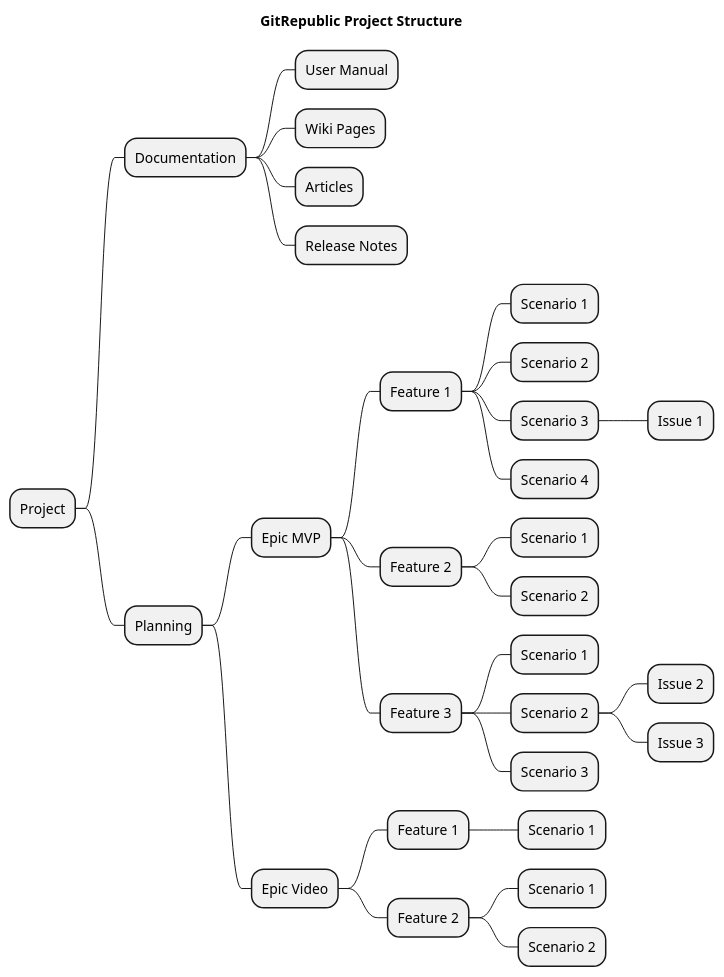
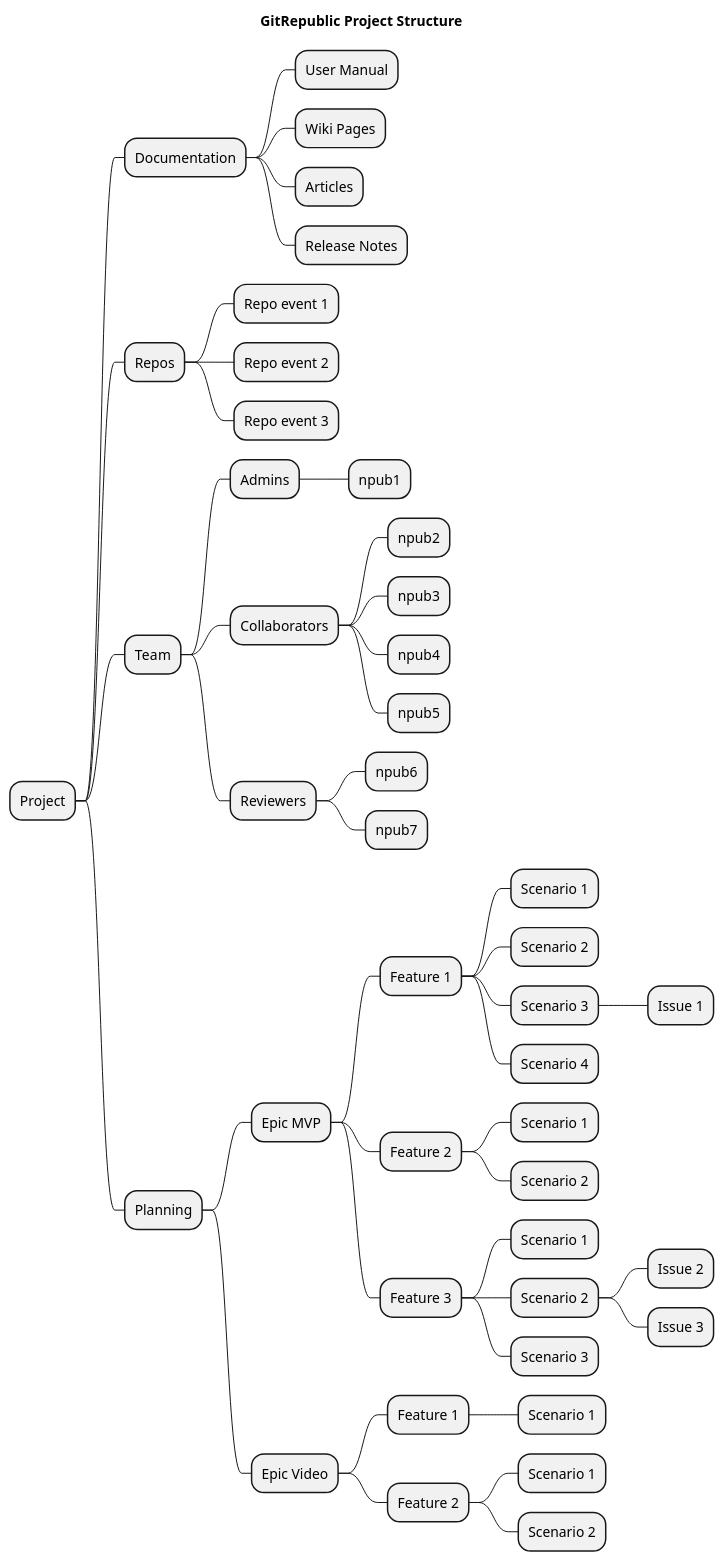
One commit to ShadowySupercode/gitcitadel changed the diagram in plantUML/GitRepublic/GR_ProjectStructure.puml. Above: the diagram before and after it, drawn with PlantUML. The commit also changed 2 other files, not shown here.

Commit message:
GR Project Structure

```diff
--- a/plantUML/GitRepublic/GR_ProjectStructure.puml
+++ b/plantUML/GitRepublic/GR_ProjectStructure.puml
@@ -1,34 +1,49 @@
-@startmindmap GR Mind Map
+@startmindmap GR Project Structure
 title GitRepublic Project Structure
 
 * Project
 ** Documentation
 *** User Manual
 *** Wiki Pages
 *** Articles
 *** Release Notes
+** Repos
+*** Repo event 1
+*** Repo event 2
+*** Repo event 3
+** Team
+*** Admins
+**** npub1
+*** Collaborators
+**** npub2
+**** npub3
+**** npub4
+**** npub5
+*** Reviewers
+**** npub6
+**** npub7
 ** Planning
 *** Epic MVP
 **** Feature 1
 ***** Scenario 1
 ***** Scenario 2
 ***** Scenario 3
 ****** Issue 1
 ***** Scenario 4
 **** Feature 2
 ***** Scenario 1
 ***** Scenario 2
 **** Feature 3
 ***** Scenario 1
 ***** Scenario 2
 ****** Issue 2
 ****** Issue 3
 ***** Scenario 3
 *** Epic Video
 **** Feature 1
 ***** Scenario 1
 **** Feature 2
 ***** Scenario 1
 ***** Scenario 2
 
 @endmindmap
```
